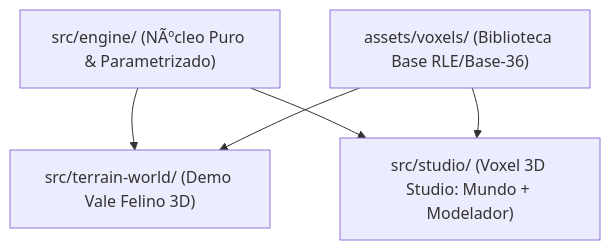
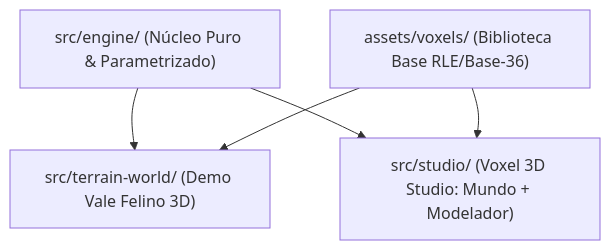
The diagram in docs/STUDIO_ACTION_PLAN.md (ruishalm/PixelArtSkill), drawn with Mermaid before and after one commit. The commit also changed other lines of this file and 2 other files, not shown here.

````diff
--- a/docs/STUDIO_ACTION_PLAN.md
+++ b/docs/STUDIO_ACTION_PLAN.md
@@ -14,12 +14,12 @@
 ```mermaid
 flowchart TD
-  E["src/engine/ (NÃºcleo Puro & Parametrizado)"]
+  E["src/engine/ (Núcleo Puro & Parametrizado)"]
   W["src/terrain-world/ (Demo Vale Felino 3D)"]
   S["src/studio/ (Voxel 3D Studio: Mundo + Modelador)"]
   A["assets/voxels/ (Biblioteca Base RLE/Base-36)"]
 
   E --> W
   E --> S
   A --> W
   A --> S
 ```
````
